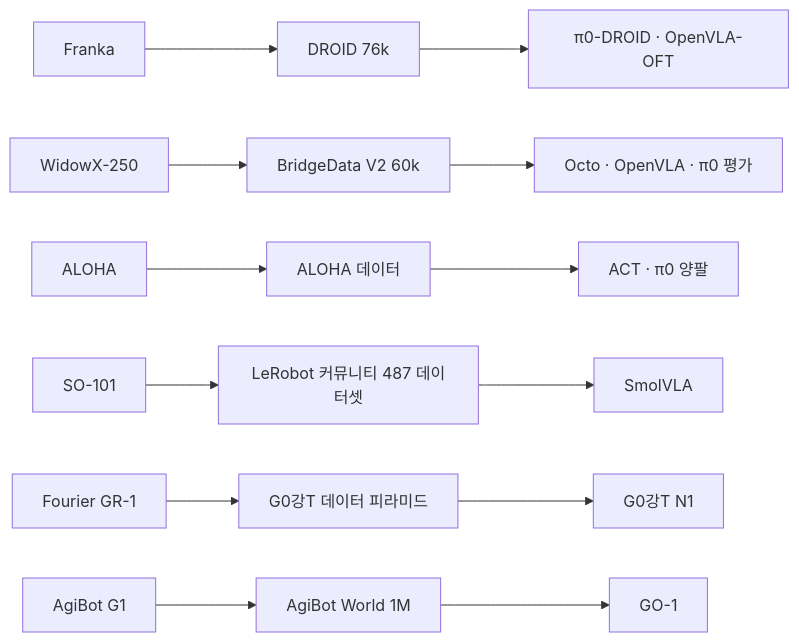
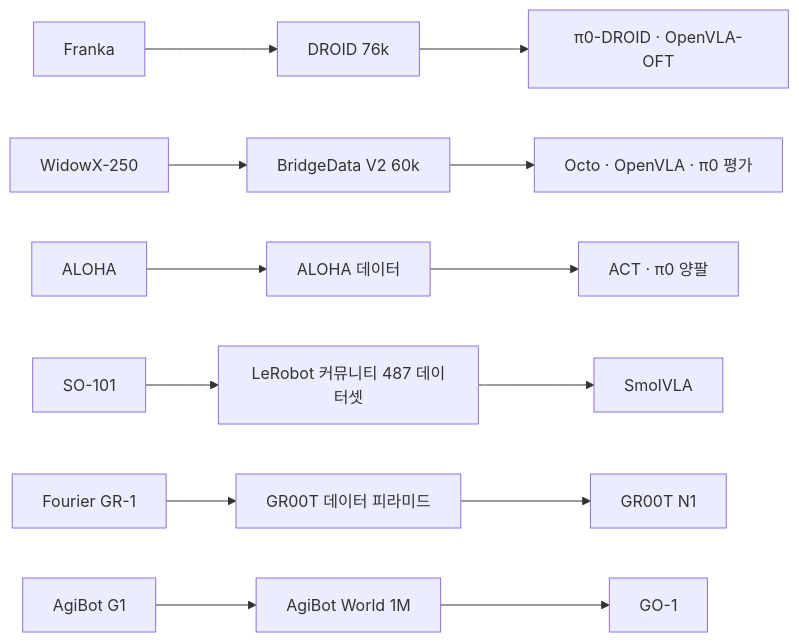
Before and after one commit to HPaper/physical-ai-curriculum: the second of 2 diagrams in part11-real-robot-integration/lec49-robot-hardware.md, drawn with Mermaid. The commit also changed other lines of this file and 54 other files, not shown here.

````diff
--- a/part11-real-robot-integration/lec49-robot-hardware.md
+++ b/part11-real-robot-integration/lec49-robot-hardware.md
@@ -110,9 +273,9 @@
 ```mermaid
 flowchart LR
     F[Franka] --> DROID[DROID 76k] --> PID["π0-DROID · OpenVLA-OFT"]
     W[WidowX-250] --> BR[BridgeData V2 60k] --> OCT["Octo · OpenVLA · π0 평가"]
     AL[ALOHA] --> ALD[ALOHA 데이터] --> ACT2["ACT · π0 양팔"]
     SO[SO-101] --> LR[LeRobot 커뮤니티 487 데이터셋] --> SV[SmolVLA]
-    GR1[Fourier GR-1] --> GN[G0강T 데이터 피라미드] --> GRT[G0강T N1]
+    GR1[Fourier GR-1] --> GN[GR00T 데이터 피라미드] --> GRT[GR00T N1]
     AG[AgiBot G1] --> AW[AgiBot World 1M] --> GO[GO-1]
 ```
````
